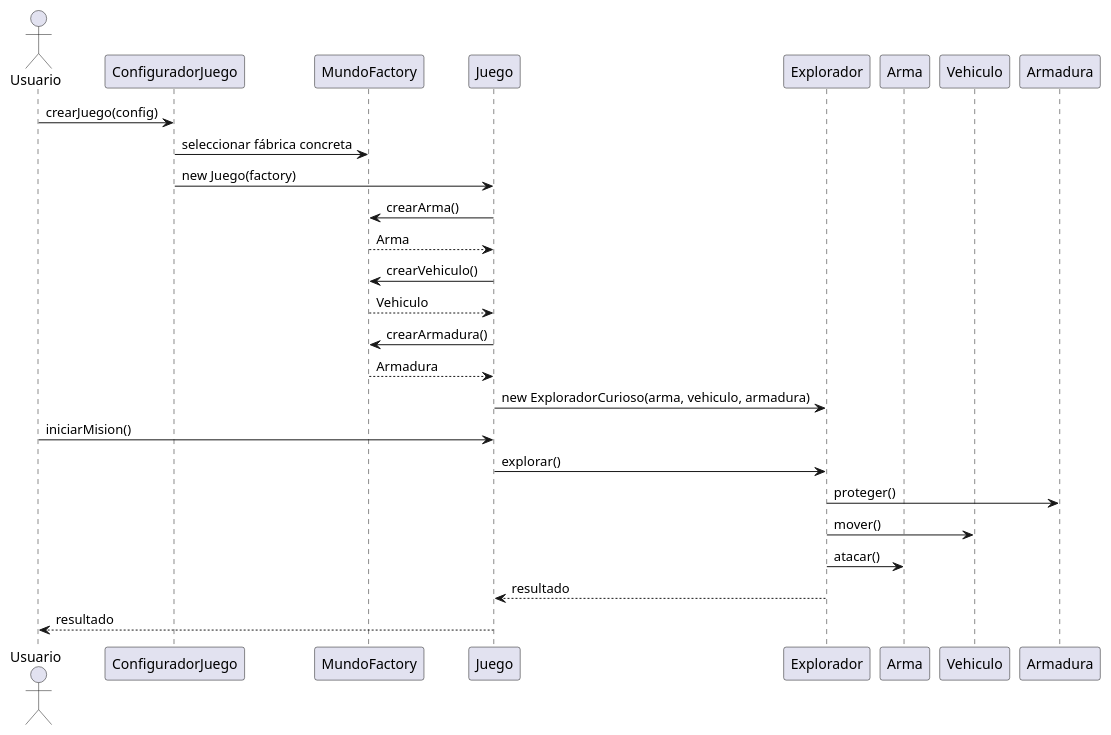
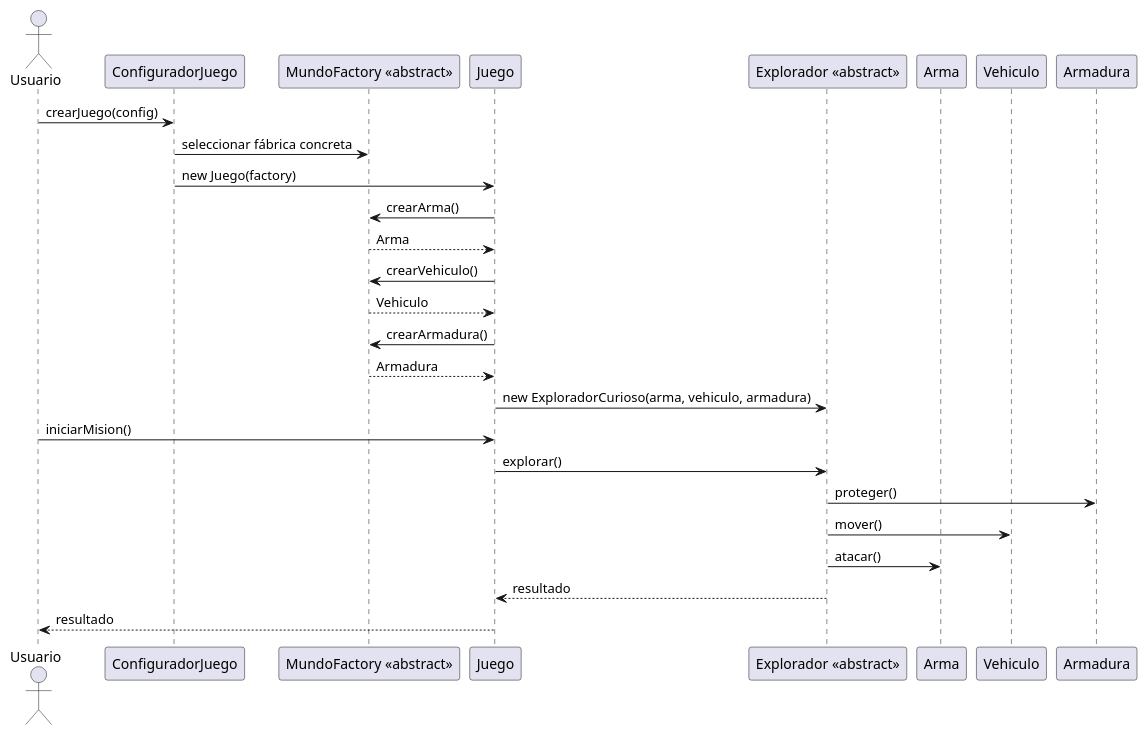
Before and after one commit to revilofe/2526_PRO_u5_AbstractFactory: the second of 2 diagrams in README.md, drawn with PlantUML. The commit also changed other lines of this file and 1 other file, not shown here.

Commit message:
Cambio para reflejar clase abstract por interface

````diff
--- a/README.md
+++ b/README.md
@@ -133,31 +139,31 @@
 ```plantuml
 @startuml
 actor Usuario
 participant "ConfiguradorJuego" as Config
-participant "MundoFactory" as Factory
+participant "MundoFactory <<abstract>>" as Factory
 participant "Juego" as Juego
-participant "Explorador" as Explorador
+participant "Explorador <<abstract>>" as Explorador
 participant "Arma" as Arma
 participant "Vehiculo" as Vehiculo
 participant "Armadura" as Armadura
 
 Usuario -> Config : crearJuego(config)
 Config -> Factory : seleccionar fábrica concreta
 Config -> Juego : new Juego(factory)
 Juego -> Factory : crearArma()
 Factory --> Juego : Arma
 Juego -> Factory : crearVehiculo()
 Factory --> Juego : Vehiculo
 Juego -> Factory : crearArmadura()
 Factory --> Juego : Armadura
 Juego -> Explorador : new ExploradorCurioso(arma, vehiculo, armadura)
 
 Usuario -> Juego : iniciarMision()
 Juego -> Explorador : explorar()
 Explorador -> Armadura : proteger()
 Explorador -> Vehiculo : mover()
 Explorador -> Arma : atacar()
 Explorador --> Juego : resultado
 Juego --> Usuario : resultado
 @enduml
 ```
````
